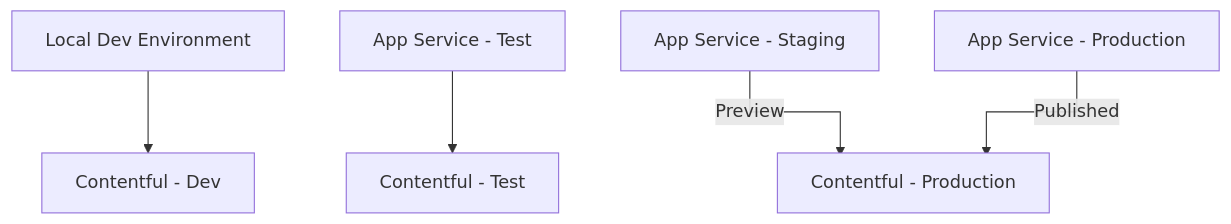
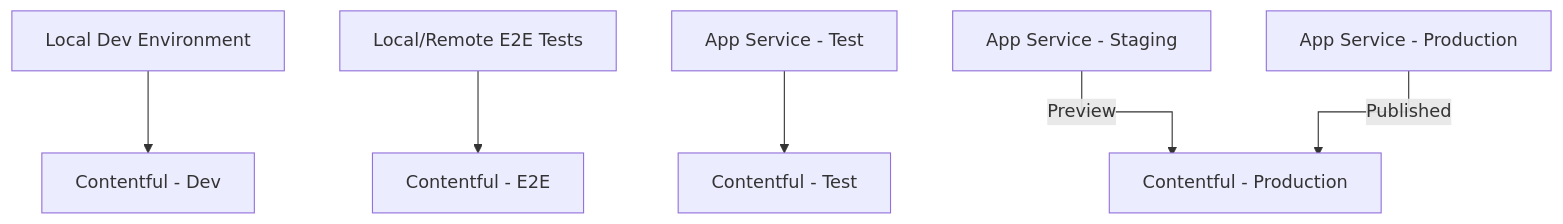
One commit to DFE-Digital/care-leavers changed the second of 3 diagrams in docs/architecture/Deployment-Architecture.md. Above: the diagram before and after it, drawn with Mermaid. The commit also changed other lines of this file and 1 other file, not shown here.

Commit message:
Updated deployment architecture and project setup docs

````diff
--- a/docs/architecture/Deployment-Architecture.md
+++ b/docs/architecture/Deployment-Architecture.md
@@ -40,10 +47,11 @@
 ```mermaid
 %%{ init: { 'flowchart': { 'curve': 'stepAfter' } } }%%
 flowchart TD
     accDescr: "App Service to Contentful Environment Mapping"
     
-    A["Local Dev Environment"]-->CDev["Contentful - Dev"]
-    B["App Service - Test"]-->CStag["Contentful - Test"]
-    C["App Service - Staging"]--Preview-->CProd["Contentful - Production"]
-    D["App Service - Production"]--Published-->CProd
+    A["Local Dev Environment"]-->Dev["Contentful - Dev"]
+    B["Local/Remote E2E Tests"]-->E2E["Contentful - E2E"]
+    C["App Service - Test"]-->Staging["Contentful - Test"]
+    D["App Service - Staging"]--Preview-->Prod["Contentful - Production"]
+    E["App Service - Production"]--Published-->Prod
 ```
````
